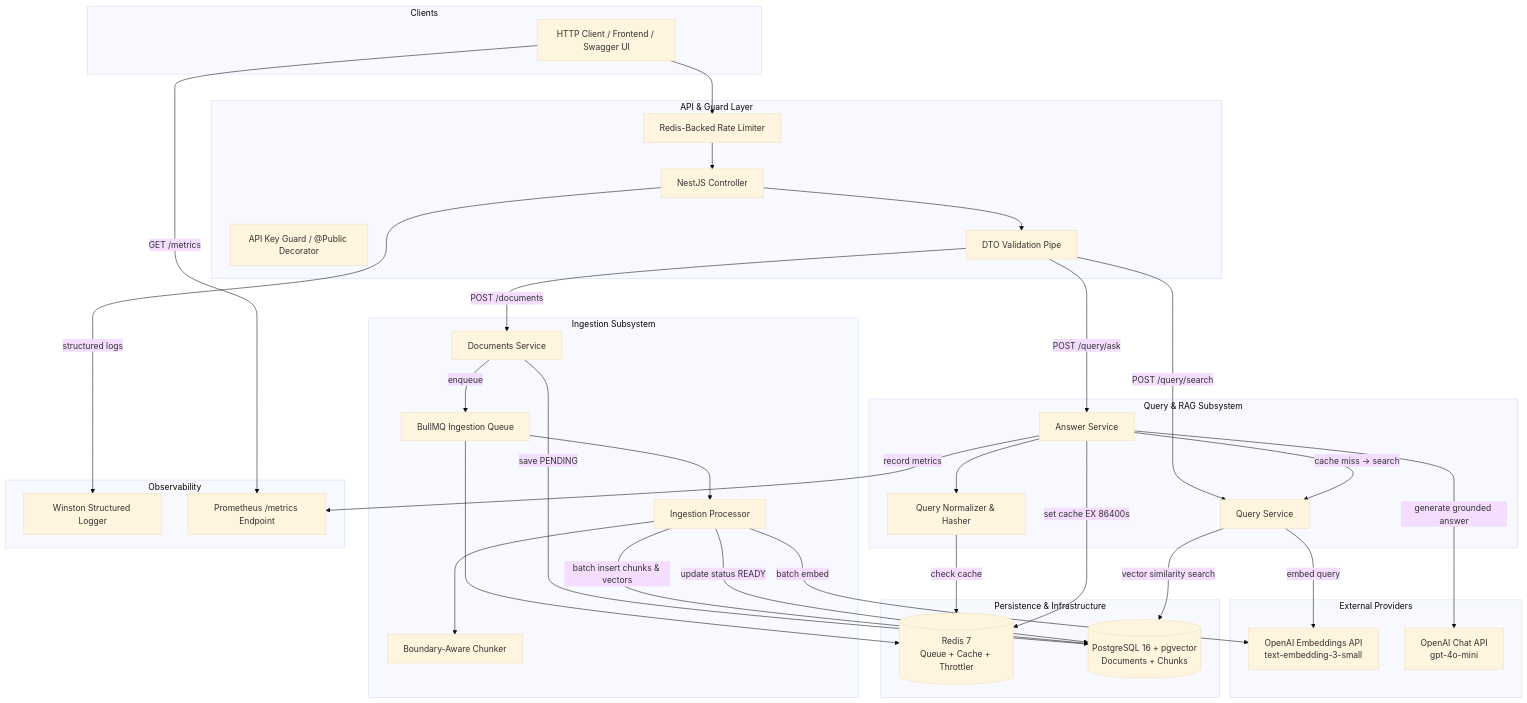
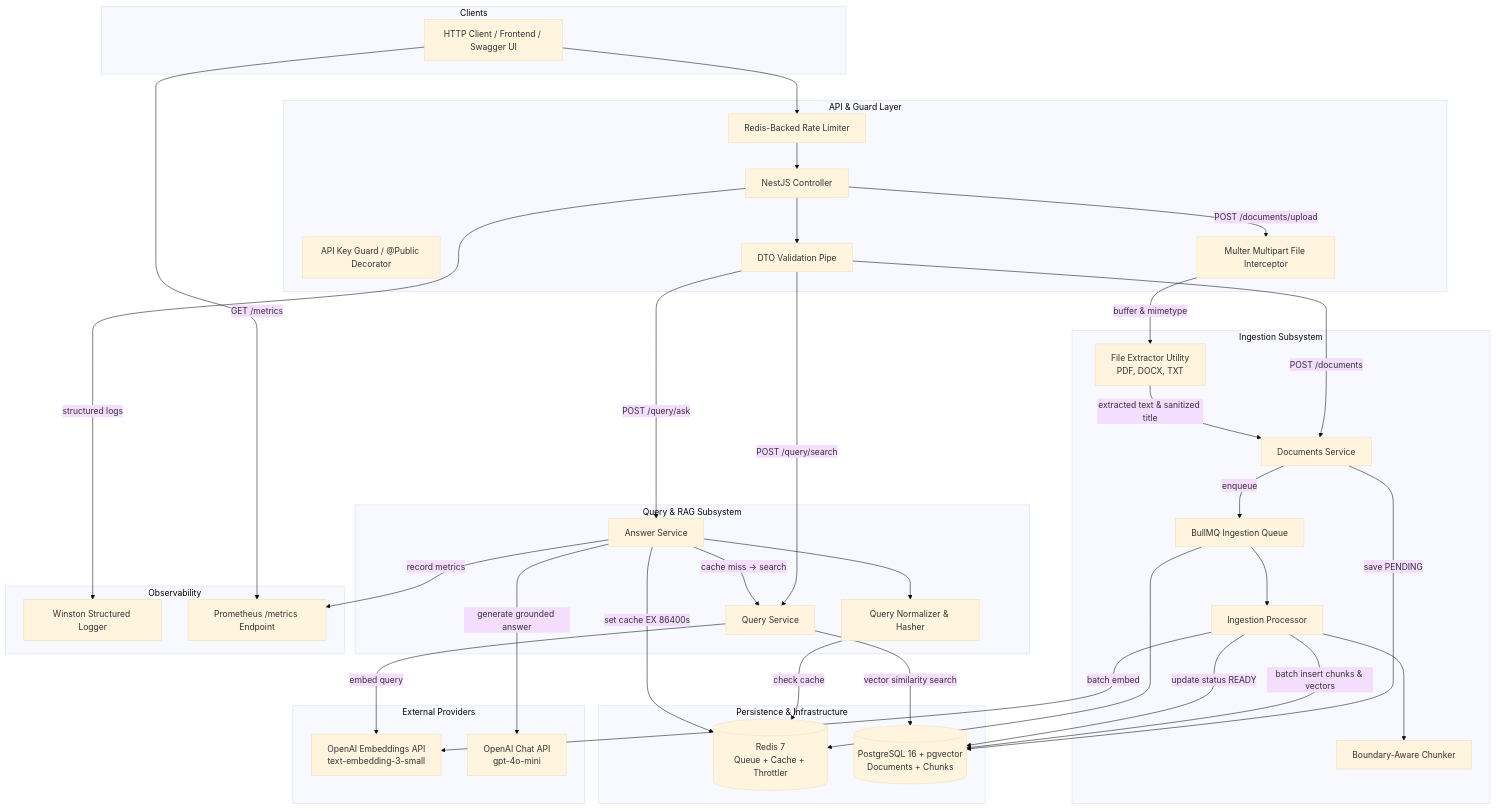
One commit to mo74x/Docmind changed the first of 6 diagrams in README.md. Above: the diagram before and after it, drawn with Mermaid (base theme). The commit also changed other lines of this file, not shown here.

First line of the commit message:
docs: update README with file upload, docker orchestration, and test suite details

````diff
--- a/README.md
+++ b/README.md
@@ -75,72 +80,80 @@
 ```mermaid
 graph TB
     subgraph "Clients"
         CLIENT[HTTP Client / Frontend / Swagger UI]
     end
 
     subgraph "API & Guard Layer"
         GATEWAY[NestJS Controller]
         AUTH[API Key Guard / @Public Decorator]
         THROTTLE[Redis-Backed Rate Limiter]
         VALIDATION[DTO Validation Pipe]
+        MULTER[Multer Multipart File Interceptor]
     end
 
     subgraph "Ingestion Subsystem"
+        EXTRACTOR[File Extractor Utility<br/>PDF, DOCX, TXT]
         DOC_SVC[Documents Service]
         BULLMQ[BullMQ Ingestion Queue]
         WORKER[Ingestion Processor]
         CHUNKER[Boundary-Aware Chunker]
     end
 
     subgraph "Query & RAG Subsystem"
         QUERY_SVC[Query Service]
         ANSWER_SVC[Answer Service]
         NORMALIZER[Query Normalizer & Hasher]
     end
 
     subgraph "Observability"
         WINSTON[Winston Structured Logger]
         PROM[Prometheus /metrics Endpoint]
     end
 
     subgraph "External Providers"
         OPENAI_EMBED[OpenAI Embeddings API<br/>text-embedding-3-small]
         OPENAI_CHAT[OpenAI Chat API<br/>gpt-4o-mini]
     end
 
     subgraph "Persistence & Infrastructure"
         REDIS[(Redis 7<br/>Queue + Cache + Throttler)]
         PG[(PostgreSQL 16 + pgvector<br/>Documents + Chunks)]
     end
 
     CLIENT --> THROTTLE
     THROTTLE --> GATEWAY
     GATEWAY --> VALIDATION
 
-    %% Ingestion Flow
+    %% Raw Text Ingestion Flow
     VALIDATION -->|POST /documents| DOC_SVC
+
+    %% File Upload Ingestion Flow
+    GATEWAY -->|POST /documents/upload| MULTER
+    MULTER -->|buffer & mimetype| EXTRACTOR
+    EXTRACTOR -->|extracted text & sanitized title| DOC_SVC
+
     DOC_SVC -->|save PENDING| PG
     DOC_SVC -->|enqueue| BULLMQ
     BULLMQ --> REDIS
     BULLMQ --> WORKER
     WORKER --> CHUNKER
     WORKER -->|batch embed| OPENAI_EMBED
     WORKER -->|batch insert chunks & vectors| PG
     WORKER -->|update status READY| PG
 
     %% Query & Answer Flow
     VALIDATION -->|POST /query/search| QUERY_SVC
     VALIDATION -->|POST /query/ask| ANSWER_SVC
     ANSWER_SVC --> NORMALIZER
     NORMALIZER -->|check cache| REDIS
     ANSWER_SVC -->|cache miss -> search| QUERY_SVC
     QUERY_SVC -->|embed query| OPENAI_EMBED
     QUERY_SVC -->|vector similarity search| PG
     ANSWER_SVC -->|generate grounded answer| OPENAI_CHAT
     ANSWER_SVC -->|set cache EX 86400s| REDIS
 
     %% Observability
     ANSWER_SVC -->|record metrics| PROM
     GATEWAY -->|structured logs| WINSTON
     CLIENT -->|GET /metrics| PROM
 ```
````
